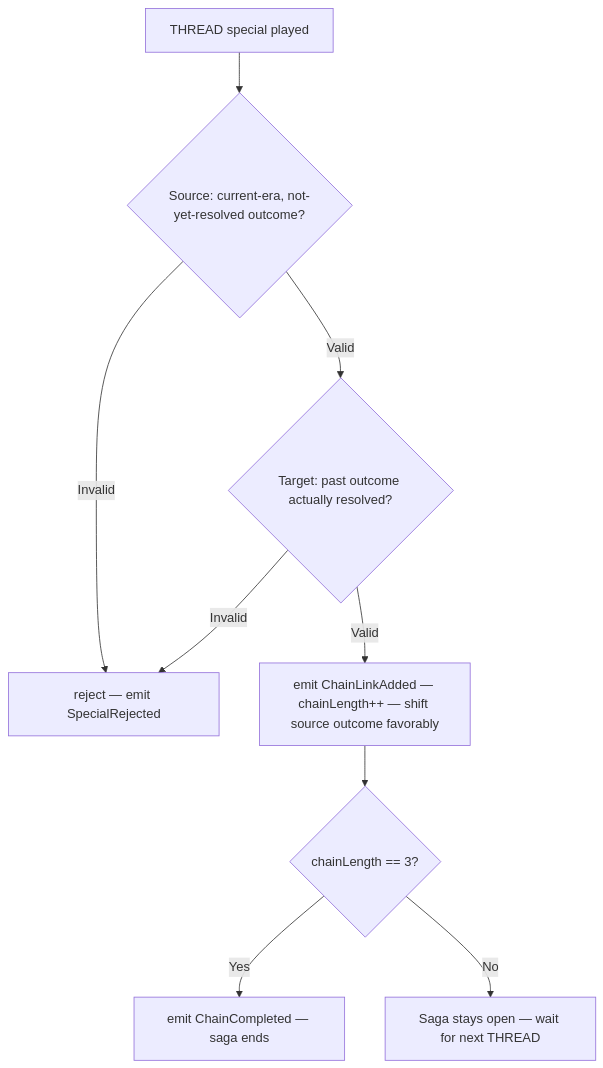
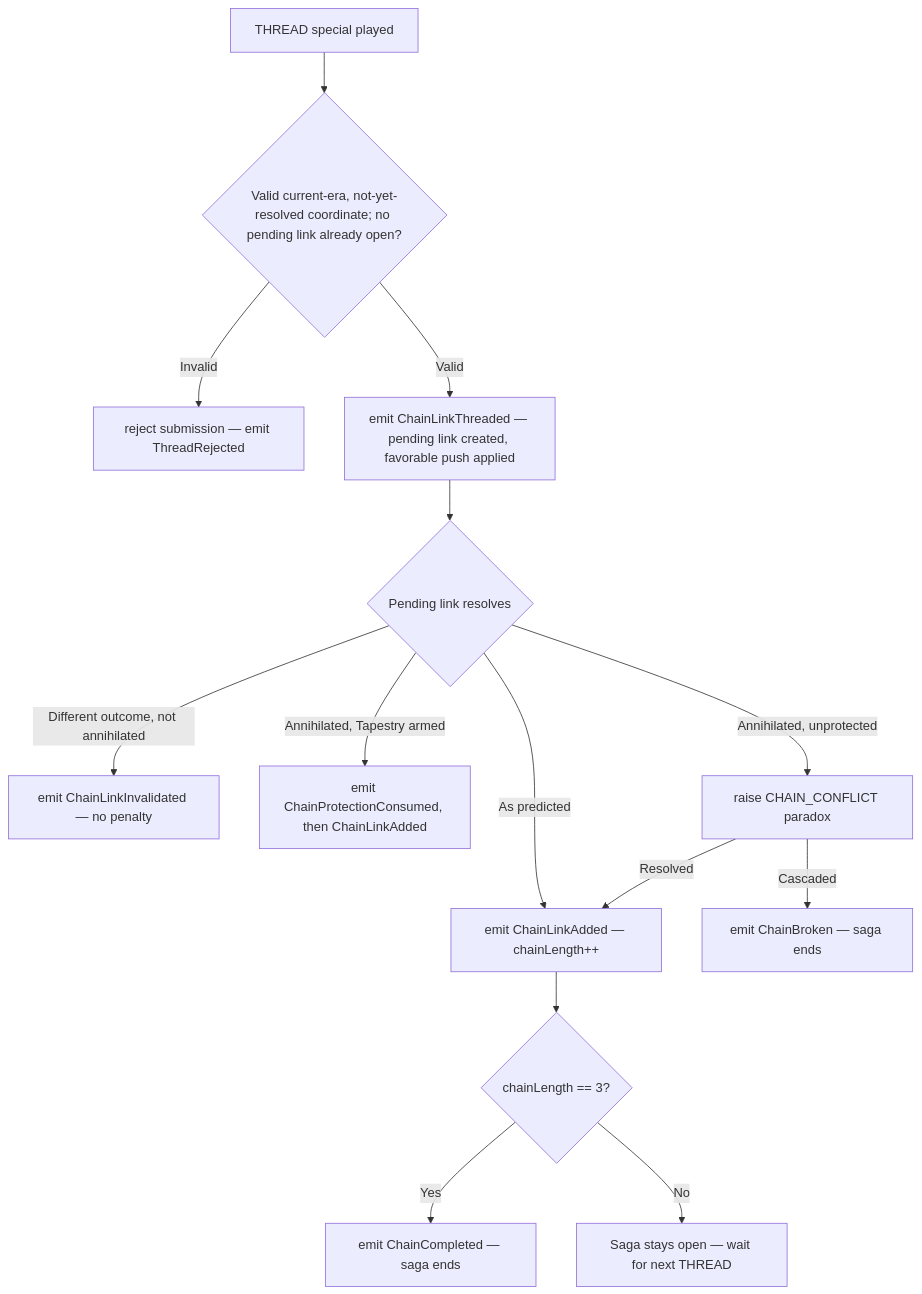
The first of 2 diagrams in sagas/special.mdx (temporal-rift/docs), drawn with Mermaid before and after one commit. The commit also changed other lines of this file and 10 other files, not shown here.

First line of the commit message:
redesign Weaver chain around THREAD pending links

````diff
--- a/sagas/special.mdx
+++ b/sagas/special.mdx
@@ -17,11 +18,16 @@
 ```mermaid
 flowchart TD
-  A[THREAD special played] --> B{Source: current-era, not-yet-resolved outcome?}
-  B -->|Invalid| C[reject — emit SpecialRejected]
-  B -->|Valid| D{Target: past outcome actually resolved?}
-  D -->|Invalid| C
-  D -->|Valid| E[emit ChainLinkAdded — chainLength++ — shift source outcome favorably]
-  E --> F{chainLength == 3?}
-  F -->|Yes| G[emit ChainCompleted — saga ends]
-  F -->|No| H[Saga stays open — wait for next THREAD]
+  A[THREAD special played] --> B{Valid current-era, not-yet-resolved coordinate; no pending link already open?}
+  B -->|Invalid| C[reject submission — emit ThreadRejected]
+  B -->|Valid| D[emit ChainLinkThreaded — pending link created, favorable push applied]
+  D --> E{Pending link resolves}
+  E -->|As predicted| F[emit ChainLinkAdded — chainLength++]
+  E -->|Different outcome, not annihilated| G[emit ChainLinkInvalidated — no penalty]
+  E -->|Annihilated, Tapestry armed| H[emit ChainProtectionConsumed, then ChainLinkAdded]
+  E -->|Annihilated, unprotected| I[raise CHAIN_CONFLICT paradox]
+  I -->|Resolved| F
+  I -->|Cascaded| J[emit ChainBroken — saga ends]
+  F --> K{chainLength == 3?}
+  K -->|Yes| L[emit ChainCompleted — saga ends]
+  K -->|No| M[Saga stays open — wait for next THREAD]
 ```
````
